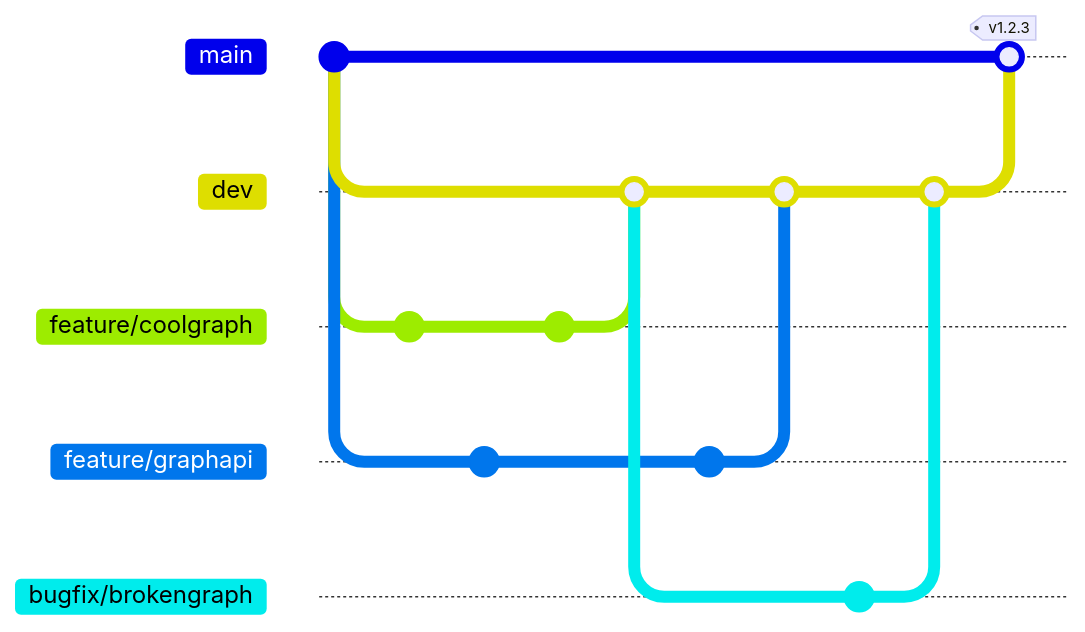
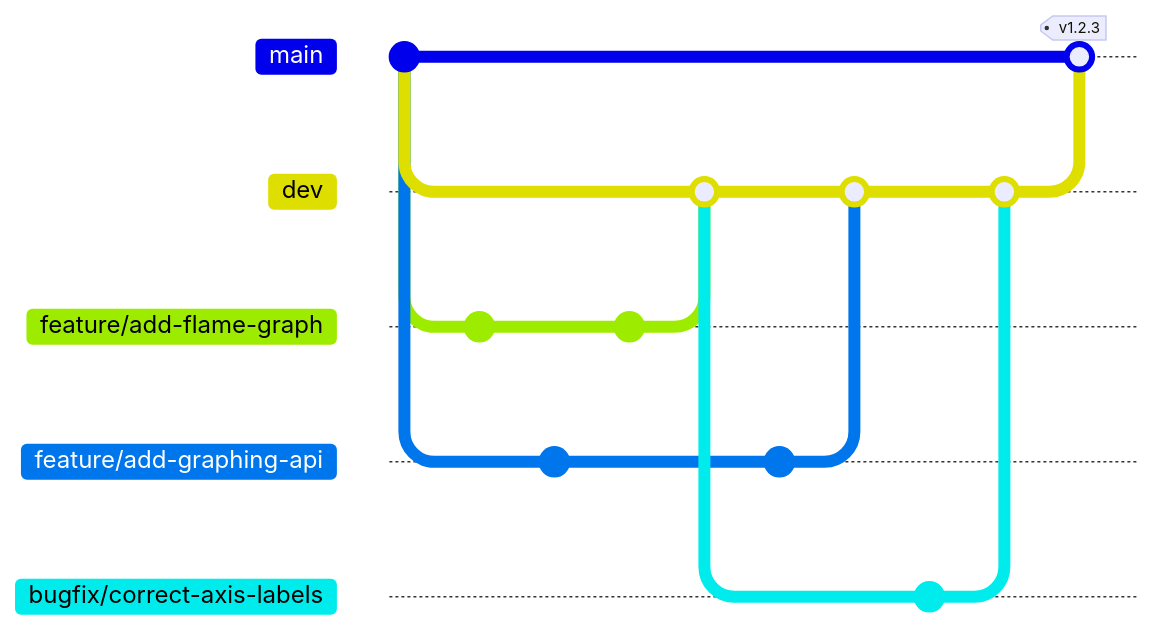
The second of 2 diagrams in README.md (oslabs-beta/infernode), drawn with Mermaid before and after one commit. Commit ids are hidden.

Commit message:
Update git graph with compliant branch names

````diff
--- a/README.md
+++ b/README.md
@@ -190,29 +190,29 @@
 ```mermaid
 gitGraph
     commit
     branch dev
     checkout dev
-    branch feature/coolgraph
-    checkout feature/coolgraph
+    branch feature/add-flame-graph
+    checkout feature/add-flame-graph
     commit
     checkout dev
-    branch feature/graphapi
-    checkout feature/graphapi
+    branch feature/add-graphing-api
+    checkout feature/add-graphing-api
     commit
-    checkout feature/coolgraph
+    checkout feature/add-flame-graph
     commit
     checkout dev
-    merge feature/coolgraph
-    branch bugfix/brokengraph
-    checkout bugfix/brokengraph
-    checkout feature/graphapi
+    merge feature/add-flame-graph
+    branch bugfix/correct-axis-labels
+    checkout bugfix/correct-axis-labels
+    checkout feature/add-graphing-api
     commit
     checkout dev
-    merge feature/graphapi
-    checkout bugfix/brokengraph
+    merge feature/add-graphing-api
+    checkout bugfix/correct-axis-labels
     commit
     checkout dev
-    merge bugfix/brokengraph
+    merge bugfix/correct-axis-labels
     checkout main
     merge dev tag: "v1.2.3"
 ```
````
